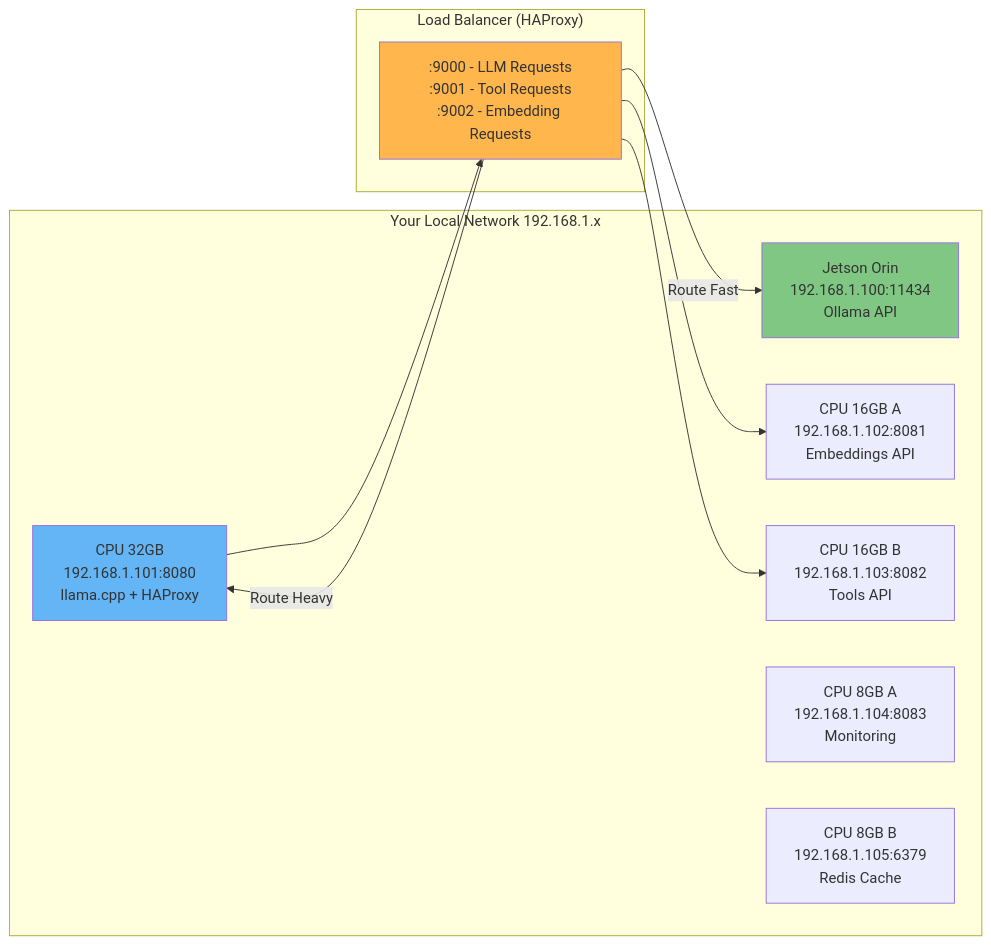
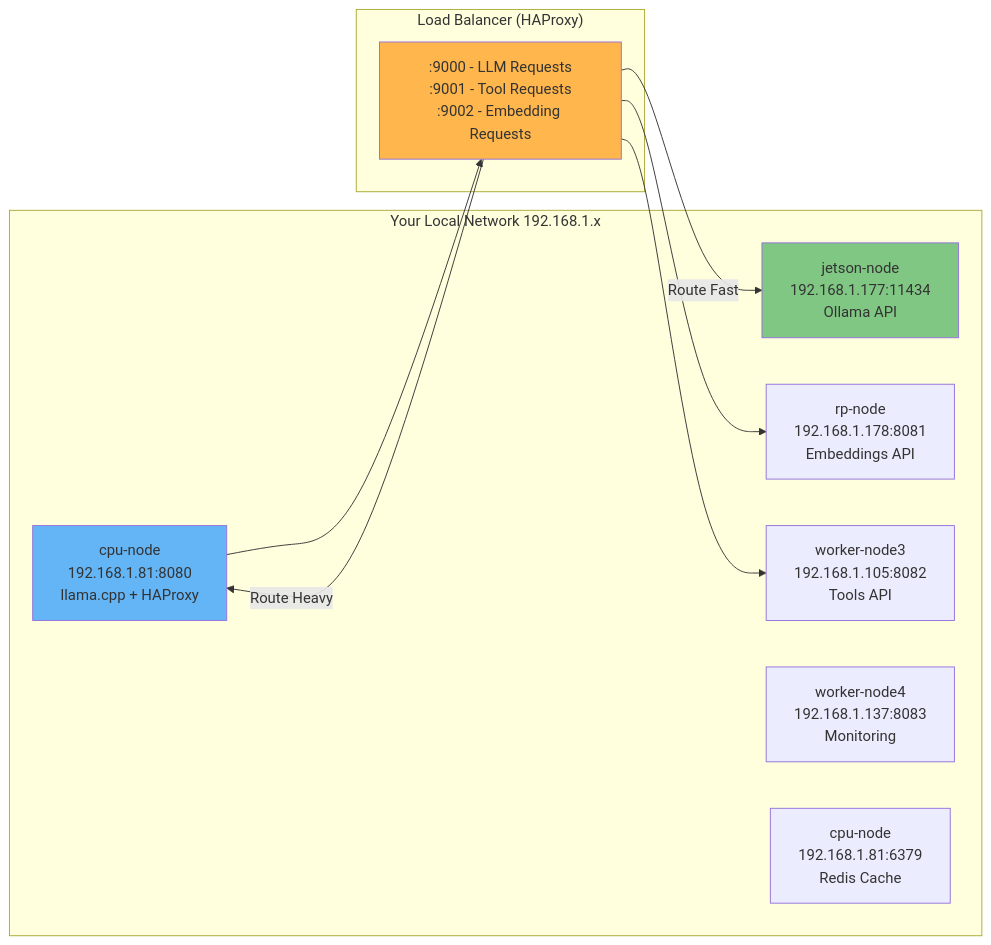
One commit to pavelkushtia/LangGraph changed the second of 7 diagrams in docs/architecture_diagrams.md. Above: the diagram before and after it, drawn with Mermaid. The commit also changed other lines of this file and 7 other files, not shown here.

````diff
--- a/docs/architecture_diagrams.md
+++ b/docs/architecture_diagrams.md
@@ -50,25 +49,25 @@
 ```mermaid
 graph LR
     subgraph "Your Local Network 192.168.1.x"
-        J[Jetson Orin<br/>192.168.1.100:11434<br/>Ollama API]
-        C1[CPU 32GB<br/>192.168.1.101:8080<br/>llama.cpp + HAProxy]
-        C2[CPU 16GB A<br/>192.168.1.102:8081<br/>Embeddings API]
-        C3[CPU 16GB B<br/>192.168.1.103:8082<br/>Tools API]
-        C4[CPU 8GB A<br/>192.168.1.104:8083<br/>Monitoring]
-        C5[CPU 8GB B<br/>192.168.1.105:6379<br/>Redis Cache]
+        J[jetson-node<br/>192.168.1.177:11434<br/>Ollama API]
+        C1[cpu-node<br/>192.168.1.81:8080<br/>llama.cpp + HAProxy]
+        C2[rp-node<br/>192.168.1.178:8081<br/>Embeddings API]
+        C3[worker-node3<br/>192.168.1.105:8082<br/>Tools API]
+        C4[worker-node4<br/>192.168.1.137:8083<br/>Monitoring]
+        C5[cpu-node<br/>192.168.1.81:6379<br/>Redis Cache]
     end
     
     subgraph "Load Balancer (HAProxy)"
         LB[":9000 - LLM Requests<br/>:9001 - Tool Requests<br/>:9002 - Embedding Requests"]
     end
     
     C1 --> LB
     LB -->|Route Fast| J
     LB -->|Route Heavy| C1
     LB --> C2
     LB --> C3
     
     style J fill:#81c784
     style C1 fill:#64b5f6
     style LB fill:#ffb74d
 ```
````
